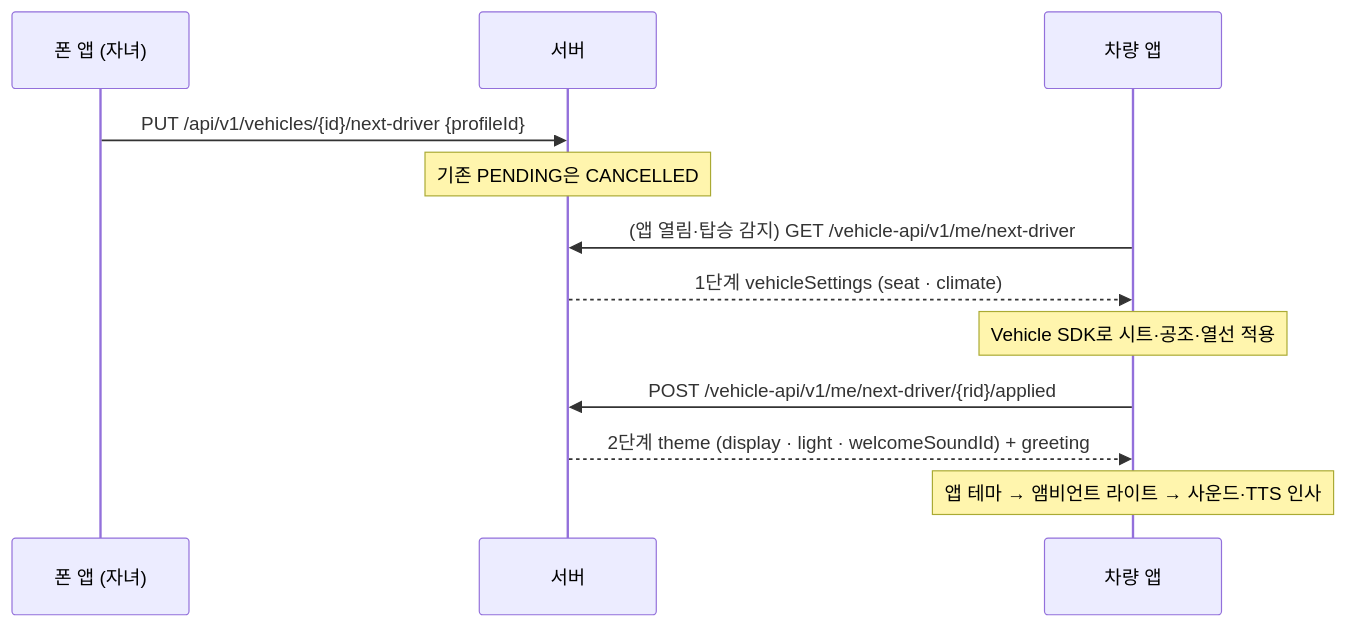
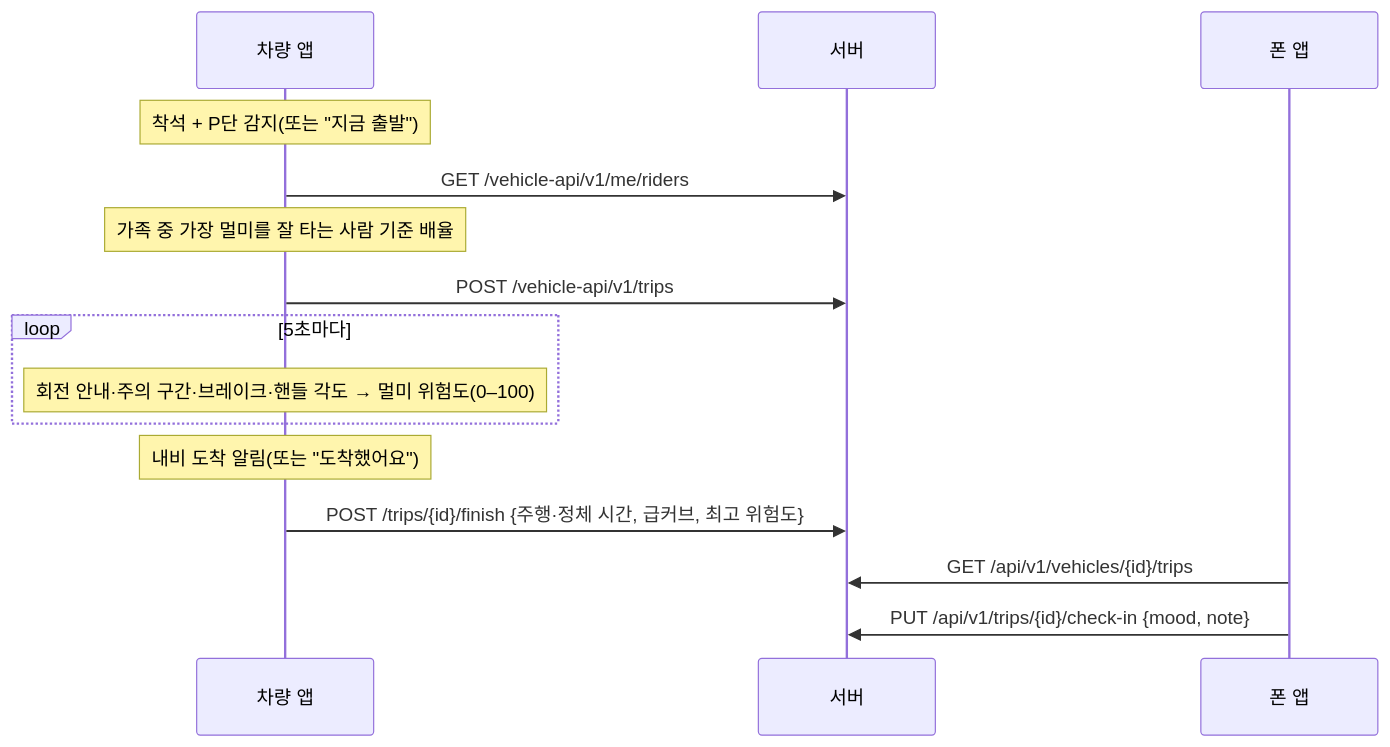
The fourth of 4 diagrams in docs/DESIGN.md (HyunPer/BE), drawn with Mermaid before and after one commit. The commit also changed other lines of this file and 47 other files, not shown here.

````diff
--- a/docs/DESIGN.md
+++ b/docs/DESIGN.md
@@ -79,14 +67,17 @@
 ```mermaid
 sequenceDiagram
-  participant P as 폰 앱 (자녀)
+  participant V as 차량 앱
   participant S as 서버
-  participant V as 차량 앱
-  P->>S: PUT /api/v1/vehicles/{id}/next-driver {profileId}
-  Note over S: 기존 PENDING은 CANCELLED
-  V->>S: (앱 열림·탑승 감지) GET /vehicle-api/v1/me/next-driver
-  S-->>V: 1단계 vehicleSettings (seat · climate)
-  Note over V: Vehicle SDK로 시트·공조·열선 적용
-  V->>S: POST /vehicle-api/v1/me/next-driver/{rid}/applied
-  S-->>V: 2단계 theme (display · light · welcomeSoundId) + greeting
-  Note over V: 앱 테마 → 앰비언트 라이트 → 사운드·TTS 인사
+  participant P as 폰 앱
+  Note over V: 착석 + P단 감지(또는 "지금 출발")
+  V->>S: GET /vehicle-api/v1/me/riders
+  Note over V: 가족 중 가장 멀미를 잘 타는 사람 기준 배율
+  V->>S: POST /vehicle-api/v1/trips
+  loop 5초마다
+    Note over V: 회전 안내·주의 구간·브레이크·핸들 각도 → 멀미 위험도(0–100)
+  end
+  Note over V: 내비 도착 알림(또는 "도착했어요")
+  V->>S: POST /trips/{id}/finish {주행·정체 시간, 급커브, 최고 위험도}
+  P->>S: GET /api/v1/vehicles/{id}/trips
+  P->>S: PUT /api/v1/trips/{id}/check-in {mood, note}
 ```
````
